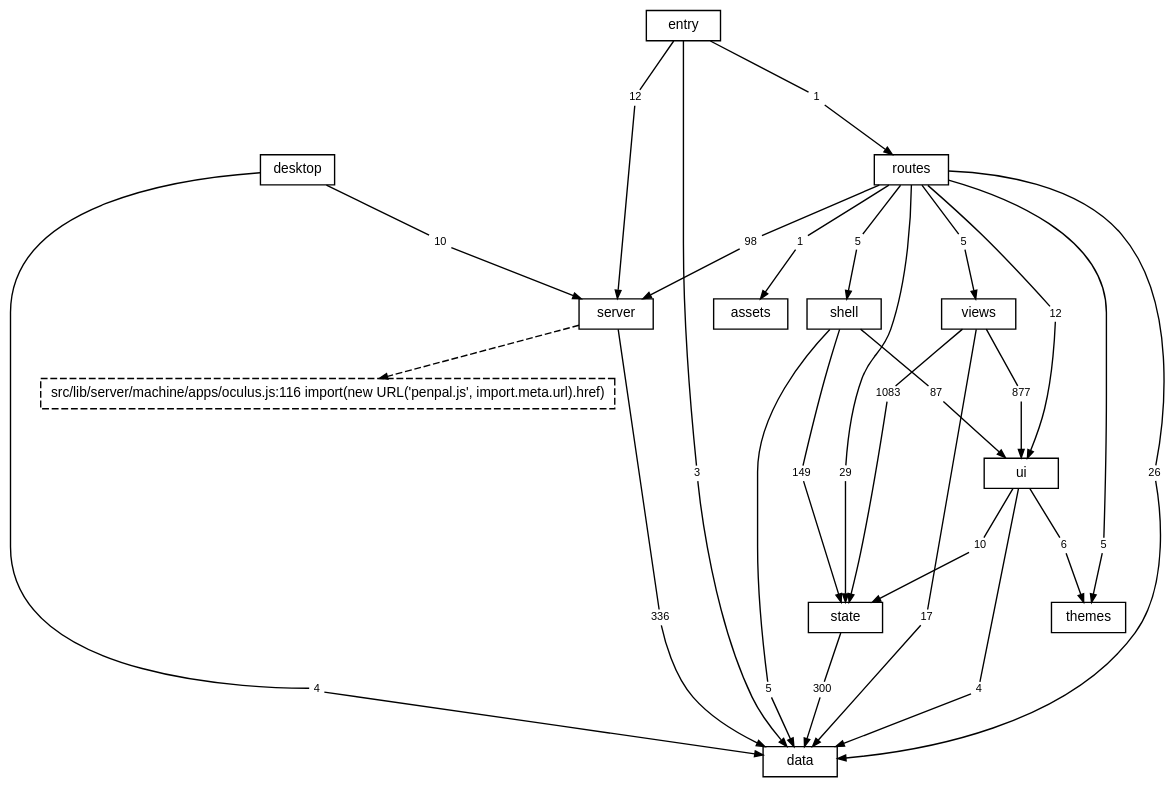
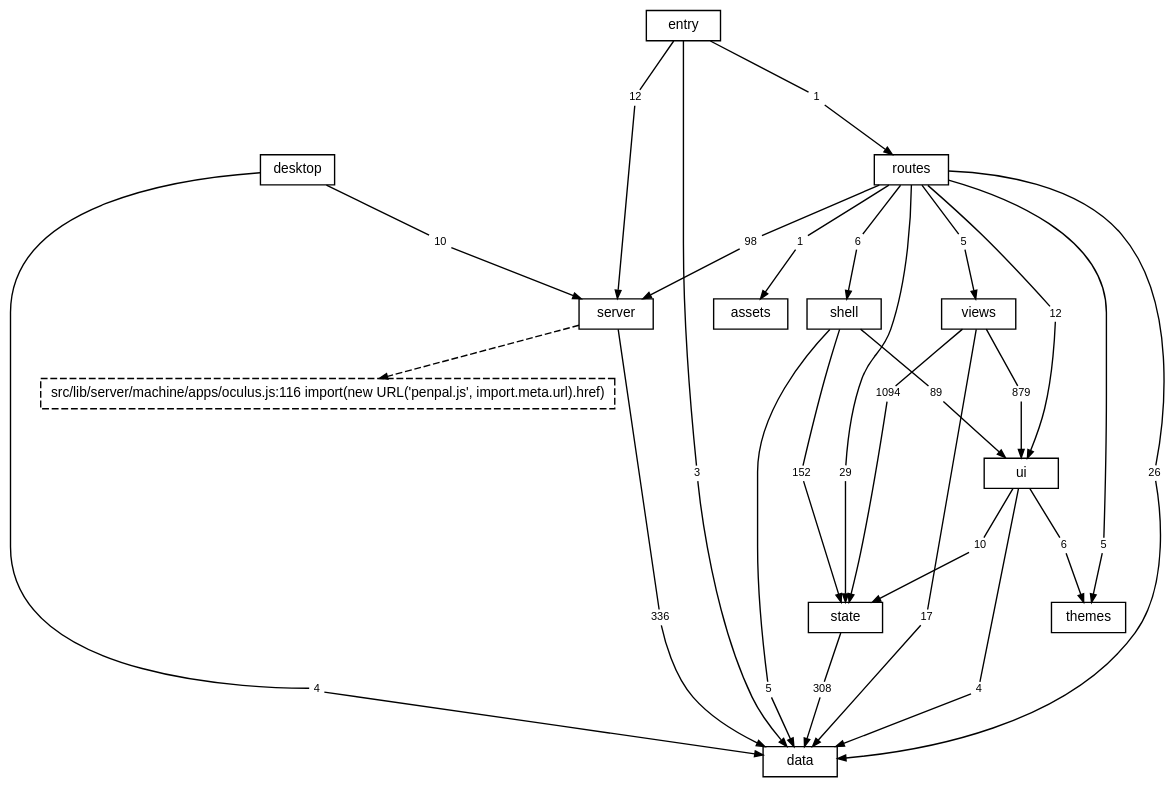
One commit to TheAxeC/oculus changed the diagram in docs/diagrams/layers.dot. Above: the diagram before and after it, drawn with Graphviz. The commit also changed 110 other files, not shown here.

```diff
--- a/docs/diagrams/layers.dot
+++ b/docs/diagrams/layers.dot
@@ -1,90 +1,90 @@
 digraph layers {
     graph [bgcolor="transparent", rankdir=TB, newrank=true, fontname="Helvetica,Arial,sans-serif", fontsize=12, nodesep=0.2, ranksep=0.5];
     node [shape=box, color="black", fontcolor="black", fontname="Helvetica,Arial,sans-serif", fontsize=10, height=0.3, margin="0.12,0.04"];
     edge [color="black", fontcolor="black", fontname="Helvetica,Arial,sans-serif", fontsize=8, arrowsize=0.6];
     "data";
     "server";
     "state";
     "ui";
     "shell";
     "views";
     "themes";
     "routes";
     "desktop";
     "src" [label="entry"];
     "files: assets" [label="assets"];
     "? src/lib/server/machine/apps/oculus.js:116" [label="src/lib/server/machine/apps/oculus.js:116 import(new URL('penpal.js', import.meta.url).href)", style=dashed];
     "desktop to data" [label="4", shape=box, color="transparent", fontsize=8, width=0, height=0, margin="0.04,0.02"];
     "desktop" -> "desktop to data" [arrowhead=none];
     "desktop to data" -> "data" [];
     "desktop to server" [label="10", shape=box, color="transparent", fontsize=8, width=0, height=0, margin="0.04,0.02"];
     "desktop" -> "desktop to server" [arrowhead=none];
     "desktop to server" -> "server" [];
     "routes to data" [label="26", shape=box, color="transparent", fontsize=8, width=0, height=0, margin="0.04,0.02"];
     "routes" -> "routes to data" [arrowhead=none];
     "routes to data" -> "data" [];
     "routes to files: assets" [label="1", shape=box, color="transparent", fontsize=8, width=0, height=0, margin="0.04,0.02"];
     "routes" -> "routes to files: assets" [arrowhead=none];
     "routes to files: assets" -> "files: assets" [];
     "routes to server" [label="98", shape=box, color="transparent", fontsize=8, width=0, height=0, margin="0.04,0.02"];
     "routes" -> "routes to server" [arrowhead=none];
     "routes to server" -> "server" [];
-    "routes to shell" [label="5", shape=box, color="transparent", fontsize=8, width=0, height=0, margin="0.04,0.02"];
+    "routes to shell" [label="6", shape=box, color="transparent", fontsize=8, width=0, height=0, margin="0.04,0.02"];
     "routes" -> "routes to shell" [arrowhead=none];
     "routes to shell" -> "shell" [];
     "routes to state" [label="29", shape=box, color="transparent", fontsize=8, width=0, height=0, margin="0.04,0.02"];
     "routes" -> "routes to state" [arrowhead=none];
     "routes to state" -> "state" [];
     "routes to themes" [label="5", shape=box, color="transparent", fontsize=8, width=0, height=0, margin="0.04,0.02"];
     "routes" -> "routes to themes" [arrowhead=none];
     "routes to themes" -> "themes" [];
     "routes to ui" [label="12", shape=box, color="transparent", fontsize=8, width=0, height=0, margin="0.04,0.02"];
     "routes" -> "routes to ui" [arrowhead=none];
     "routes to ui" -> "ui" [];
     "routes to views" [label="5", shape=box, color="transparent", fontsize=8, width=0, height=0, margin="0.04,0.02"];
     "routes" -> "routes to views" [arrowhead=none];
     "routes to views" -> "views" [];
     "server to data" [label="336", shape=box, color="transparent", fontsize=8, width=0, height=0, margin="0.04,0.02"];
     "server" -> "server to data" [arrowhead=none];
     "server to data" -> "data" [];
     "shell to data" [label="5", shape=box, color="transparent", fontsize=8, width=0, height=0, margin="0.04,0.02"];
     "shell" -> "shell to data" [arrowhead=none];
     "shell to data" -> "data" [];
-    "shell to state" [label="149", shape=box, color="transparent", fontsize=8, width=0, height=0, margin="0.04,0.02"];
+    "shell to state" [label="152", shape=box, color="transparent", fontsize=8, width=0, height=0, margin="0.04,0.02"];
     "shell" -> "shell to state" [arrowhead=none];
     "shell to state" -> "state" [];
-    "shell to ui" [label="87", shape=box, color="transparent", fontsize=8, width=0, height=0, margin="0.04,0.02"];
+    "shell to ui" [label="89", shape=box, color="transparent", fontsize=8, width=0, height=0, margin="0.04,0.02"];
     "shell" -> "shell to ui" [arrowhead=none];
     "shell to ui" -> "ui" [];
     "src to data" [label="3", shape=box, color="transparent", fontsize=8, width=0, height=0, margin="0.04,0.02"];
     "src" -> "src to data" [arrowhead=none];
     "src to data" -> "data" [];
     "src to routes" [label="1", shape=box, color="transparent", fontsize=8, width=0, height=0, margin="0.04,0.02"];
     "src" -> "src to routes" [arrowhead=none];
     "src to routes" -> "routes" [];
     "src to server" [label="12", shape=box, color="transparent", fontsize=8, width=0, height=0, margin="0.04,0.02"];
     "src" -> "src to server" [arrowhead=none];
     "src to server" -> "server" [];
-    "state to data" [label="300", shape=box, color="transparent", fontsize=8, width=0, height=0, margin="0.04,0.02"];
+    "state to data" [label="308", shape=box, color="transparent", fontsize=8, width=0, height=0, margin="0.04,0.02"];
     "state" -> "state to data" [arrowhead=none];
     "state to data" -> "data" [];
     "ui to data" [label="4", shape=box, color="transparent", fontsize=8, width=0, height=0, margin="0.04,0.02"];
     "ui" -> "ui to data" [arrowhead=none];
     "ui to data" -> "data" [];
     "ui to state" [label="10", shape=box, color="transparent", fontsize=8, width=0, height=0, margin="0.04,0.02"];
     "ui" -> "ui to state" [arrowhead=none];
     "ui to state" -> "state" [];
     "ui to themes" [label="6", shape=box, color="transparent", fontsize=8, width=0, height=0, margin="0.04,0.02"];
     "ui" -> "ui to themes" [arrowhead=none];
     "ui to themes" -> "themes" [];
     "views to data" [label="17", shape=box, color="transparent", fontsize=8, width=0, height=0, margin="0.04,0.02"];
     "views" -> "views to data" [arrowhead=none];
     "views to data" -> "data" [];
-    "views to state" [label="1083", shape=box, color="transparent", fontsize=8, width=0, height=0, margin="0.04,0.02"];
+    "views to state" [label="1094", shape=box, color="transparent", fontsize=8, width=0, height=0, margin="0.04,0.02"];
     "views" -> "views to state" [arrowhead=none];
     "views to state" -> "state" [];
-    "views to ui" [label="877", shape=box, color="transparent", fontsize=8, width=0, height=0, margin="0.04,0.02"];
+    "views to ui" [label="879", shape=box, color="transparent", fontsize=8, width=0, height=0, margin="0.04,0.02"];
     "views" -> "views to ui" [arrowhead=none];
     "views to ui" -> "ui" [];
     "server" -> "? src/lib/server/machine/apps/oculus.js:116" [style=dashed];
 }
```
